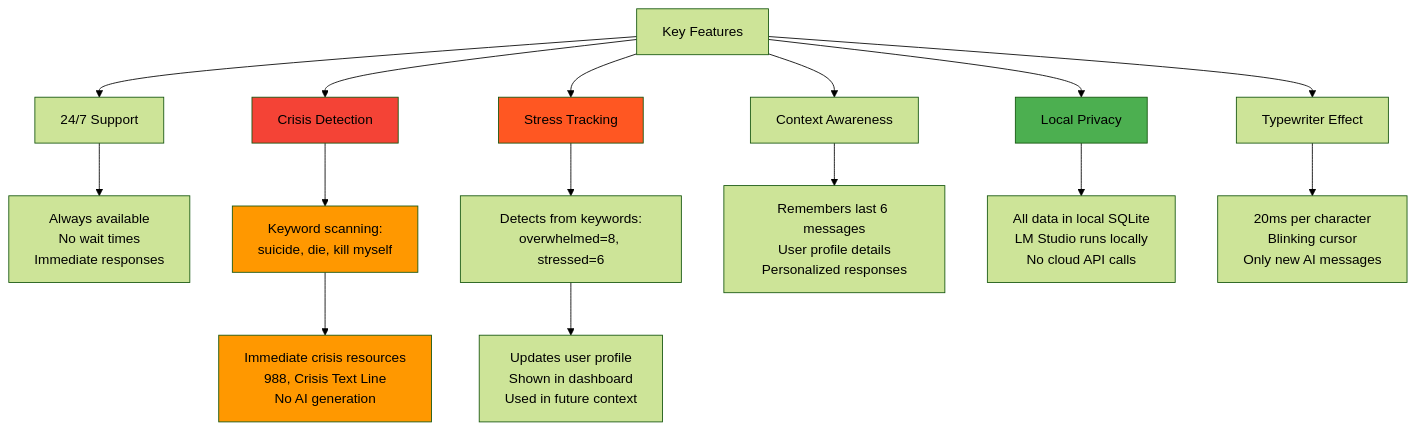
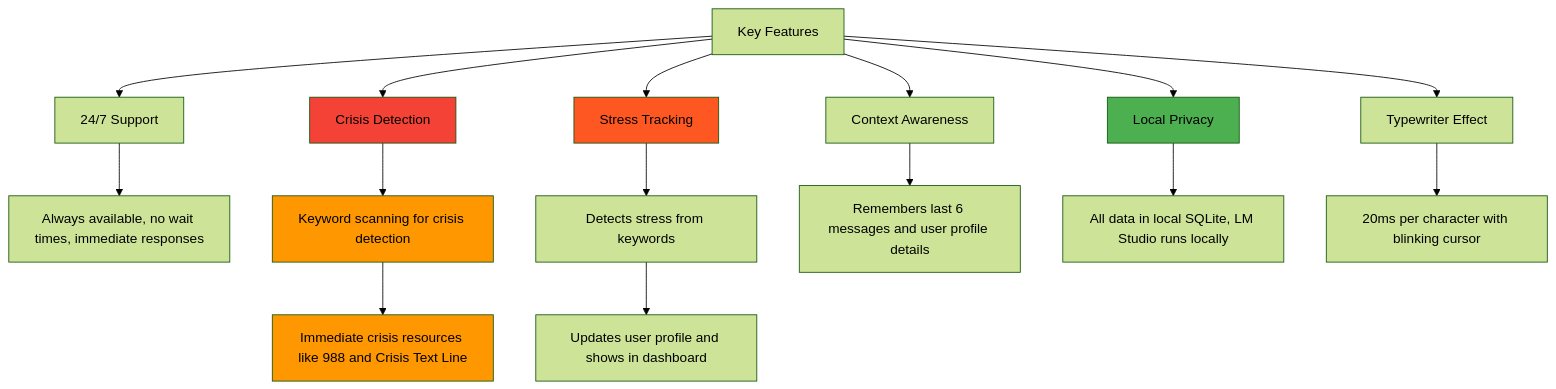
One commit to PJT-2011/college-advisor-mistral changed the sixth of 6 diagrams in ARCHITECTURE.md. Above: the diagram before and after it, drawn with Mermaid (forest theme). The commit also changed other lines of this file, not shown here.

Commit message:
Fix Mermaid diagram syntax for GitHub rendering

````diff
--- a/ARCHITECTURE.md
+++ b/ARCHITECTURE.md
@@ -281,31 +281,31 @@
 ```mermaid
 flowchart TD
     Features[Key Features]
     
     Features --> F1[24/7 Support]
     Features --> F2[Crisis Detection]
     Features --> F3[Stress Tracking]
     Features --> F4[Context Awareness]
     Features --> F5[Local Privacy]
     Features --> F6[Typewriter Effect]
     
-    F1 --> F1A[Always available<br/>No wait times<br/>Immediate responses]
+    F1 --> F1A[Always available, no wait times, immediate responses]
     
-    F2 --> F2A[Keyword scanning:<br/>suicide, die, kill myself]
-    F2A --> F2B[Immediate crisis resources<br/>988, Crisis Text Line<br/>No AI generation]
+    F2 --> F2A[Keyword scanning for crisis detection]
+    F2A --> F2B[Immediate crisis resources like 988 and Crisis Text Line]
     
-    F3 --> F3A[Detects from keywords:<br/>overwhelmed=8, stressed=6]
-    F3A --> F3B[Updates user profile<br/>Shown in dashboard<br/>Used in future context]
+    F3 --> F3A[Detects stress from keywords]
+    F3A --> F3B[Updates user profile and shows in dashboard]
     
-    F4 --> F4A[Remembers last 6 messages<br/>User profile details<br/>Personalized responses]
+    F4 --> F4A[Remembers last 6 messages and user profile details]
     
-    F5 --> F5A[All data in local SQLite<br/>LM Studio runs locally<br/>No cloud API calls]
+    F5 --> F5A[All data in local SQLite, LM Studio runs locally]
     
-    F6 --> F6A[20ms per character<br/>Blinking cursor<br/>Only new AI messages]
+    F6 --> F6A[20ms per character with blinking cursor]
     
     style F2 fill:#f44336
     style F2A fill:#ff9800
     style F2B fill:#ff9800
     style F3 fill:#FF5722
     style F5 fill:#4CAF50
 ```
````
